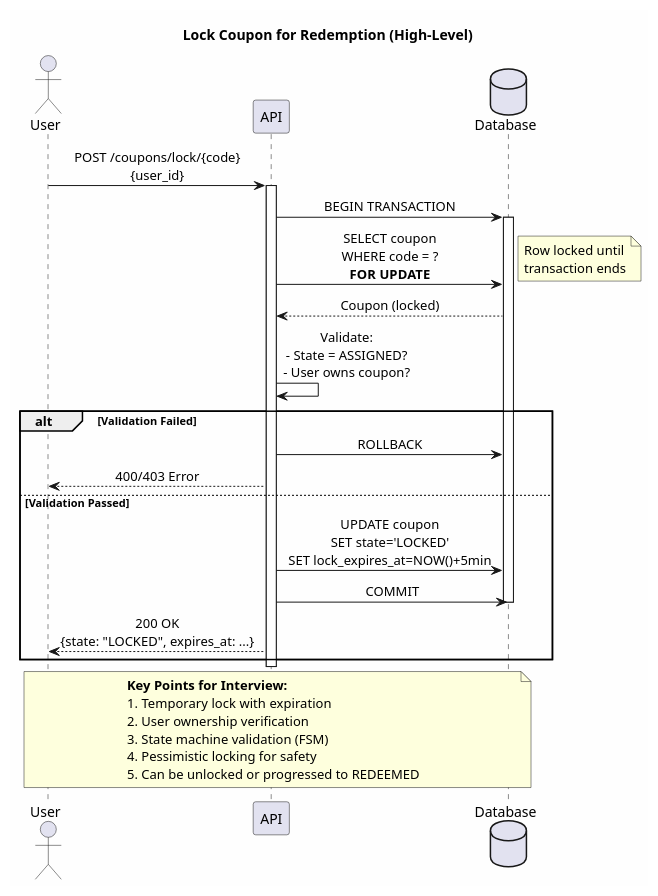
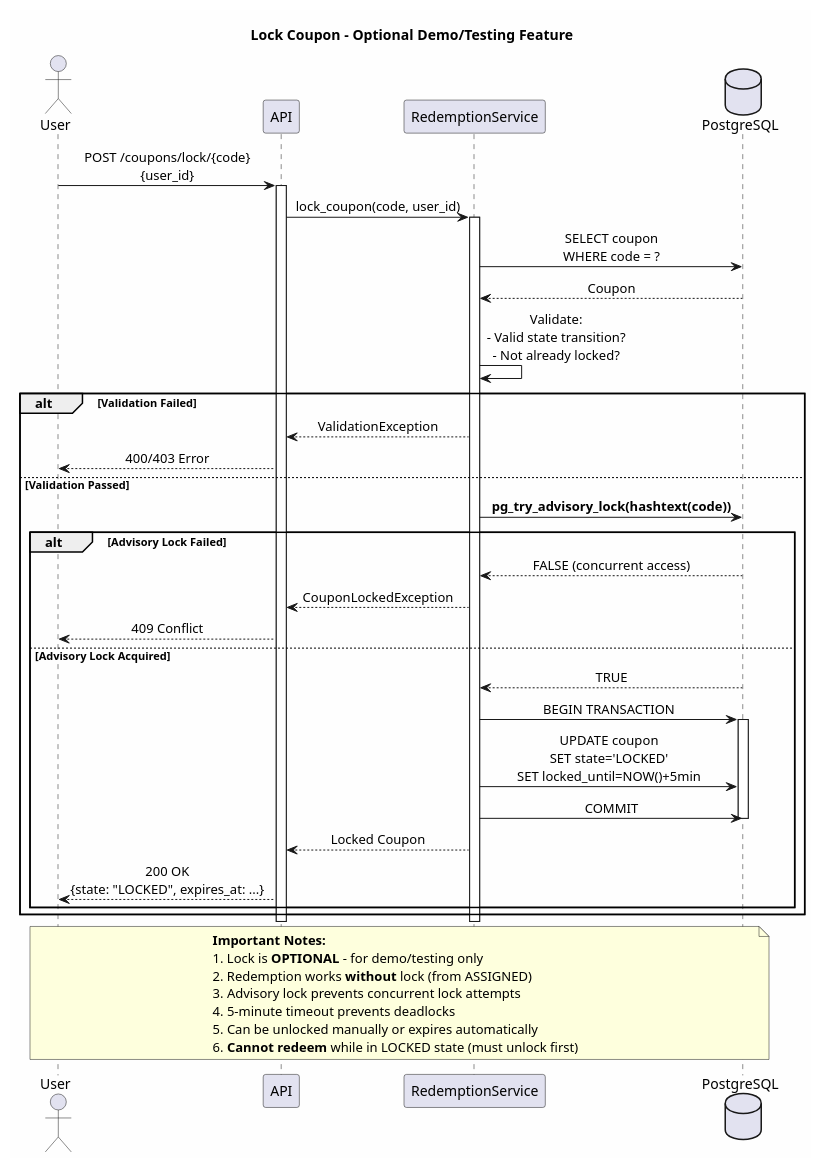
One commit to pepenotti/qurable-tech-challenge changed the diagram in docs/diagrams/sequence-lock-coupon.puml. Above: the diagram before and after it, drawn with PlantUML. The commit also changed 10 other files, not shown here.

```diff
--- a/docs/diagrams/sequence-lock-coupon.puml
+++ b/docs/diagrams/sequence-lock-coupon.puml
@@ -1,49 +1,63 @@
 @startuml Lock Coupon
 skinparam backgroundColor #FEFEFE
 skinparam sequenceMessageAlign center
 
-title Lock Coupon for Redemption (High-Level)
+title Lock Coupon - Optional Demo/Testing Feature
 
 actor User
 participant "API" as API
-database "Database" as DB
+participant "RedemptionService" as Service
+database "PostgreSQL" as DB
 
 User -> API : POST /coupons/lock/{code}\n{user_id}
 activate API
 
-API -> DB : BEGIN TRANSACTION
-activate DB
+API -> Service : lock_coupon(code, user_id)
+activate Service
 
-API -> DB : SELECT coupon\nWHERE code = ?\n**FOR UPDATE**
-note right
-  Row locked until
-  transaction ends
-end note
+Service -> DB : SELECT coupon\nWHERE code = ?
 
-DB --> API : Coupon (locked)
+DB --> Service : Coupon
 
-API -> API : Validate:\n- State = ASSIGNED?\n- User owns coupon?
+Service -> Service : Validate:\n- Valid state transition?\n- Not already locked?
 
 alt Validation Failed
-    API -> DB : ROLLBACK
+    Service --> API : ValidationException
     API --> User : 400/403 Error
 else Validation Passed
-    API -> DB : UPDATE coupon\nSET state='LOCKED'\nSET lock_expires_at=NOW()+5min
+    Service -> DB : **pg_try_advisory_lock(hashtext(code))**
     
-    API -> DB : COMMIT
-    deactivate DB
-    
-    API --> User : 200 OK\n{state: "LOCKED", expires_at: ...}
+    alt Advisory Lock Failed
+        DB --> Service : FALSE (concurrent access)
+        Service --> API : CouponLockedException
+        API --> User : 409 Conflict
+    else Advisory Lock Acquired
+        DB --> Service : TRUE
+        
+        Service -> DB : BEGIN TRANSACTION
+        activate DB
+        
+        Service -> DB : UPDATE coupon\nSET state='LOCKED'\nSET locked_until=NOW()+5min
+        
+        Service -> DB : COMMIT
+        deactivate DB
+        
+        Service --> API : Locked Coupon
+        API --> User : 200 OK\n{state: "LOCKED", expires_at: ...}
+    end
 end
+
+deactivate Service
 deactivate API
 
 note over User, DB
-  **Key Points for Interview:**
-  1. Temporary lock with expiration
-  2. User ownership verification
-  3. State machine validation (FSM)
-  4. Pessimistic locking for safety
-  5. Can be unlocked or progressed to REDEEMED
+  **Important Notes:**
+  1. Lock is **OPTIONAL** - for demo/testing only
+  2. Redemption works **without** lock (from ASSIGNED)
+  3. Advisory lock prevents concurrent lock attempts
+  4. 5-minute timeout prevents deadlocks
+  5. Can be unlocked manually or expires automatically
+  6. **Cannot redeem** while in LOCKED state (must unlock first)
 end note
 
 @enduml
```
